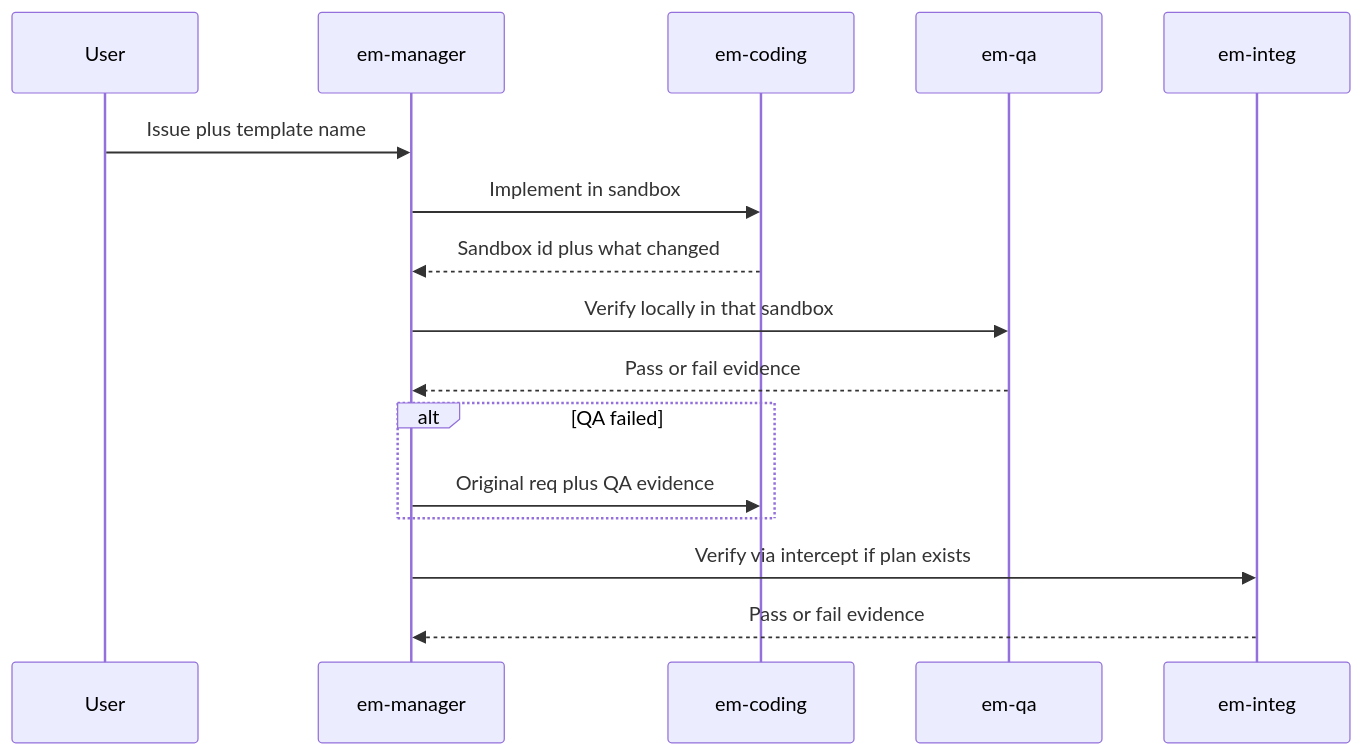
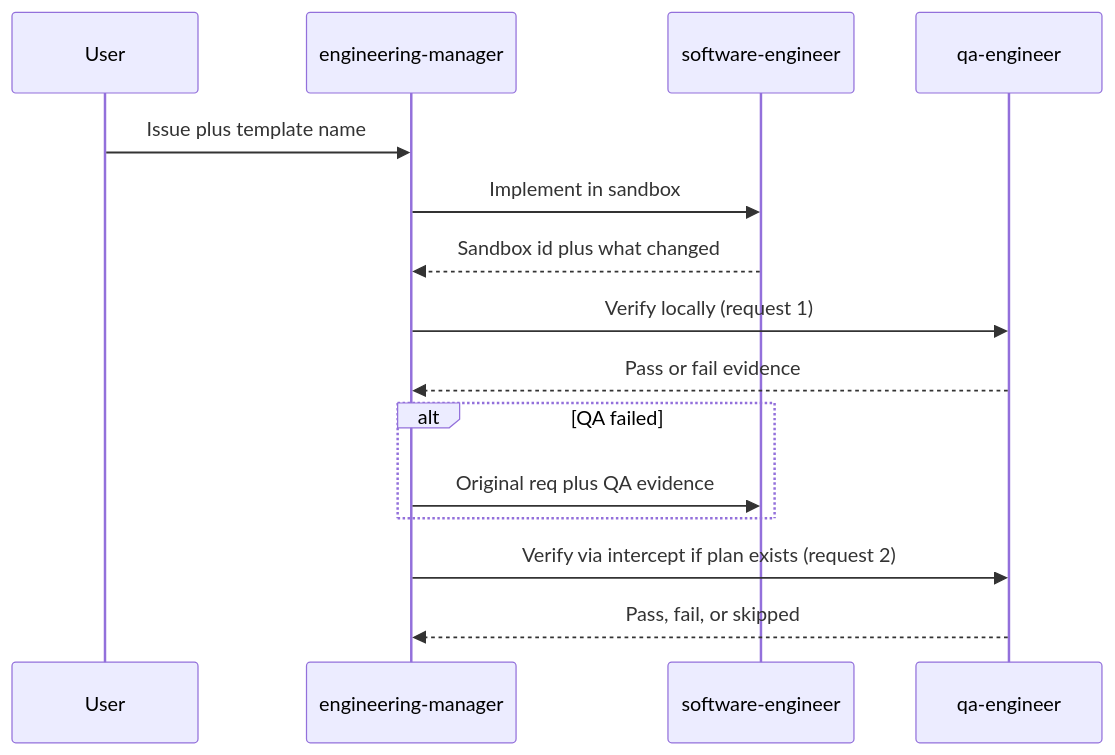
One commit to crafting-demo/agent-patterns changed the diagram in patterns/engineering-manager/README.md. Above: the diagram before and after it, drawn with Mermaid. The commit also changed other lines of this file and 54 other files, not shown here.

````diff
--- a/patterns/engineering-manager/README.md
+++ b/patterns/engineering-manager/README.md
@@ -7,18 +9,17 @@
 ```mermaid
 sequenceDiagram
   participant User
-  participant Manager as em-manager
-  participant Coding as em-coding
-  participant QA as em-qa
-  participant Integ as em-integ
+  participant Manager as engineering-manager
+  participant Dev as software-engineer
+  participant QA as qa-engineer
   User->>Manager: Issue plus template name
-  Manager->>Coding: Implement in sandbox
-  Coding-->>Manager: Sandbox id plus what changed
-  Manager->>QA: Verify locally in that sandbox
+  Manager->>Dev: Implement in sandbox
+  Dev-->>Manager: Sandbox id plus what changed
+  Manager->>QA: Verify locally (request 1)
   QA-->>Manager: Pass or fail evidence
   alt QA failed
-    Manager->>Coding: Original req plus QA evidence
+    Manager->>Dev: Original req plus QA evidence
   end
-  Manager->>Integ: Verify via intercept if plan exists
-  Integ-->>Manager: Pass or fail evidence
+  Manager->>QA: Verify via intercept if plan exists (request 2)
+  QA-->>Manager: Pass, fail, or skipped
 ```
````
